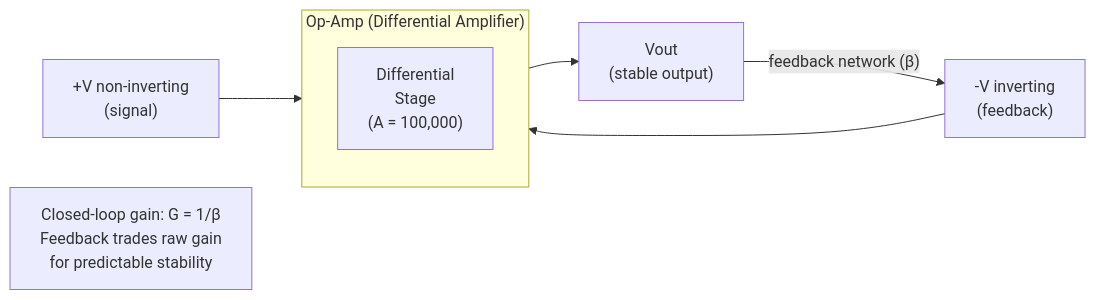
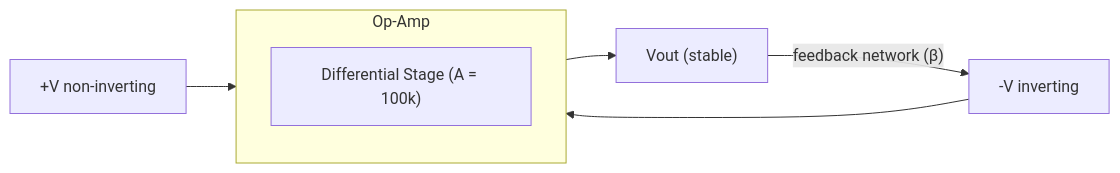
The sixth of 12 diagrams in .cursor/docs/case-studies/electronic-circuit-theory.md (dpopsuev/origami), drawn with Mermaid before and after one commit. The commit also changed other lines of this file, not shown here.

First line of the commit message:
fix(case-studies): clean up mermaid diagram labels and spacing

````diff
--- a/.cursor/docs/case-studies/electronic-circuit-theory.md
+++ b/.cursor/docs/case-studies/electronic-circuit-theory.md
@@ -210,15 +210,13 @@
 ```mermaid
 flowchart LR
-    subgraph opamp ["Op-Amp (Differential Amplifier)"]
+    subgraph opamp ["Op-Amp"]
         direction TB
-        diff["Differential\nStage\n(A = 100,000)"]
+        diff["Differential Stage (A = 100k)"]
     end
 
-    Vplus["+V non-inverting\n(signal)"] --> diff
-    Vminus["-V inverting\n(feedback)"] --> diff
-    diff --> Vout["Vout\n(stable output)"]
+    Vplus["+V non-inverting"] --> diff
+    Vminus["-V inverting"] --> diff
+    diff --> Vout["Vout (stable)"]
 
     Vout -->|"feedback network (β)"| Vminus
-
-    note["Closed-loop gain: G = 1/β\nFeedback trades raw gain\nfor predictable stability"]
 ```
````
